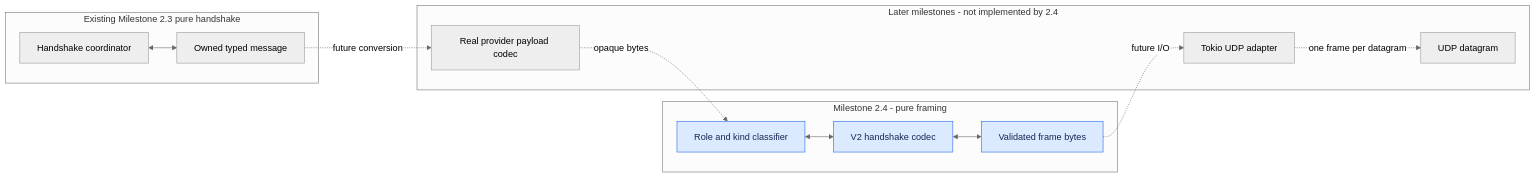
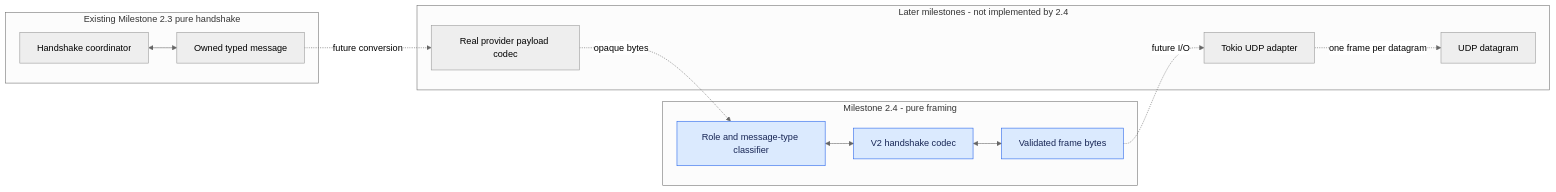
One commit to thiennguyen56/crabnet changed the first of 6 diagrams in docs/handshake-framing-design.md. Above: the diagram before and after it, drawn with Mermaid (neutral theme). The commit also changed other lines of this file and 6 other files, not shown here.

````diff
--- a/docs/handshake-framing-design.md
+++ b/docs/handshake-framing-design.md
@@ -47,29 +47,29 @@
 ```mermaid
 flowchart LR
     subgraph Existing[Existing Milestone 2.3 pure handshake]
         Coordinator[Handshake coordinator]
         Owned[Owned typed message]
         Coordinator <--> Owned
     end
 
     subgraph M24[Milestone 2.4 - pure framing]
-        Kind[Role and kind classifier]
+        Type[Role and message-type classifier]
         Codec[V2 handshake codec]
         Bytes[Validated frame bytes]
-        Kind <--> Codec <--> Bytes
+        Type <--> Codec <--> Bytes
     end
 
     subgraph Later[Later milestones - not implemented by 2.4]
         Payload[Real provider payload codec]
         Tokio[Tokio UDP adapter]
         UDP[UDP datagram]
     end
 
     Owned -. future conversion .-> Payload
-    Payload -. opaque bytes .-> Kind
+    Payload -. opaque bytes .-> Type
     Bytes -. future I/O .-> Tokio
     Tokio -. one frame per datagram .-> UDP
 
     classDef milestone fill:#dbeafe,stroke:#2563eb,color:#172554;
-    class Kind,Codec,Bytes milestone;
+    class Type,Codec,Bytes milestone;
 ```
````
